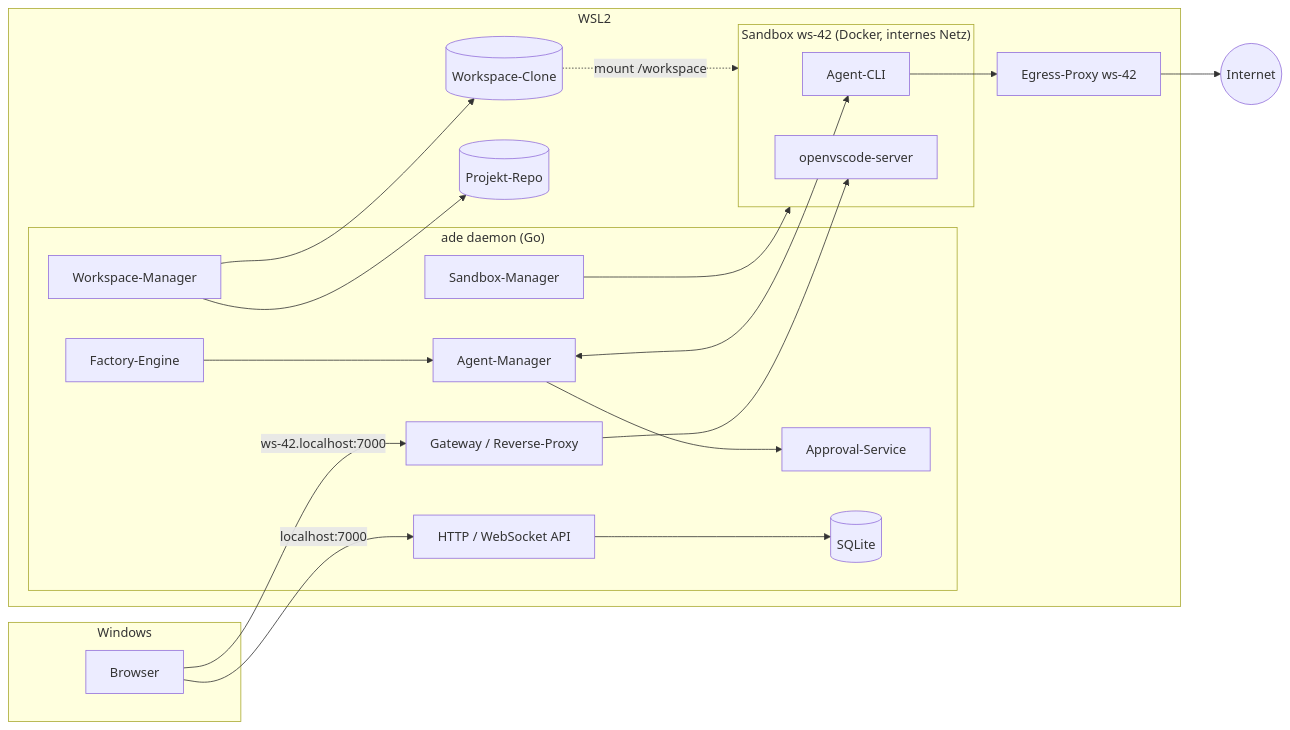
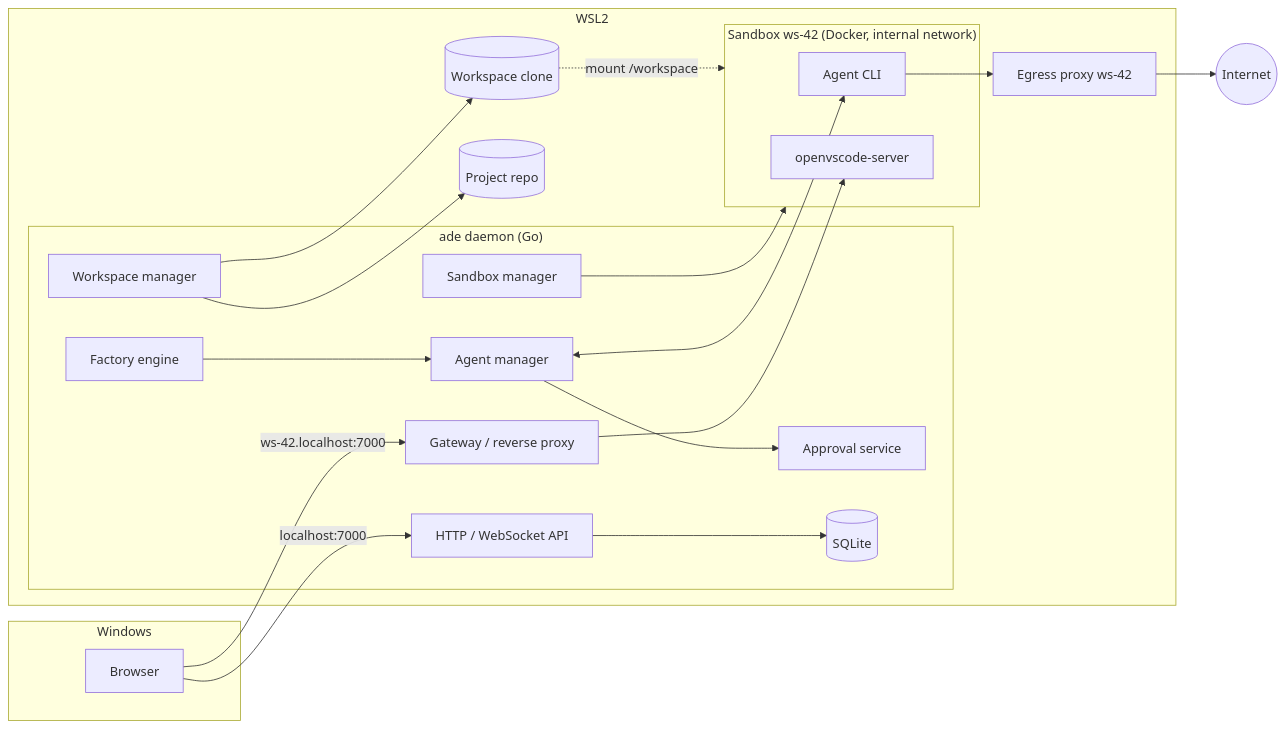
Before and after one commit to DavidW475/ade: the first of 3 diagrams in doc/architecture.md, drawn with Mermaid. The commit also changed other lines of this file and 32 other files, not shown here.

````diff
--- a/doc/architecture.md
+++ b/doc/architecture.md
@@ -9,41 +9,41 @@
 ```mermaid
 flowchart LR
     subgraph Windows
         B[Browser]
     end
 
     subgraph WSL["WSL2"]
         subgraph D["ade daemon (Go)"]
             API[HTTP / WebSocket API]
-            GW[Gateway / Reverse-Proxy]
-            SM[Agent-Manager]
-            WM[Workspace-Manager]
-            SB[Sandbox-Manager]
-            FE[Factory-Engine]
-            AP[Approval-Service]
+            GW[Gateway / reverse proxy]
+            SM[Agent manager]
+            WM[Workspace manager]
+            SB[Sandbox manager]
+            FE[Factory engine]
+            AP[Approval service]
             ST[(SQLite)]
         end
 
-        subgraph S1["Sandbox ws-42 (Docker, internes Netz)"]
-            A1[Agent-CLI]
+        subgraph S1["Sandbox ws-42 (Docker, internal network)"]
+            A1[Agent CLI]
             I1[openvscode-server]
         end
-        P1[Egress-Proxy ws-42]
-        R[(Projekt-Repo)]
-        W1[(Workspace-Clone)]
+        P1[Egress proxy ws-42]
+        R[(Project repo)]
+        W1[(Workspace clone)]
     end
 
     NET((Internet))
 
     B -- "localhost:7000" --> API
     B -- "ws-42.localhost:7000" --> GW --> I1
     SM <--> A1
     WM --> R
     WM --> W1
     W1 -. mount /workspace .-> S1
     A1 --> P1 --> NET
     SB --> S1
     FE --> SM
     SM --> AP
     API --> ST
 ```
````
